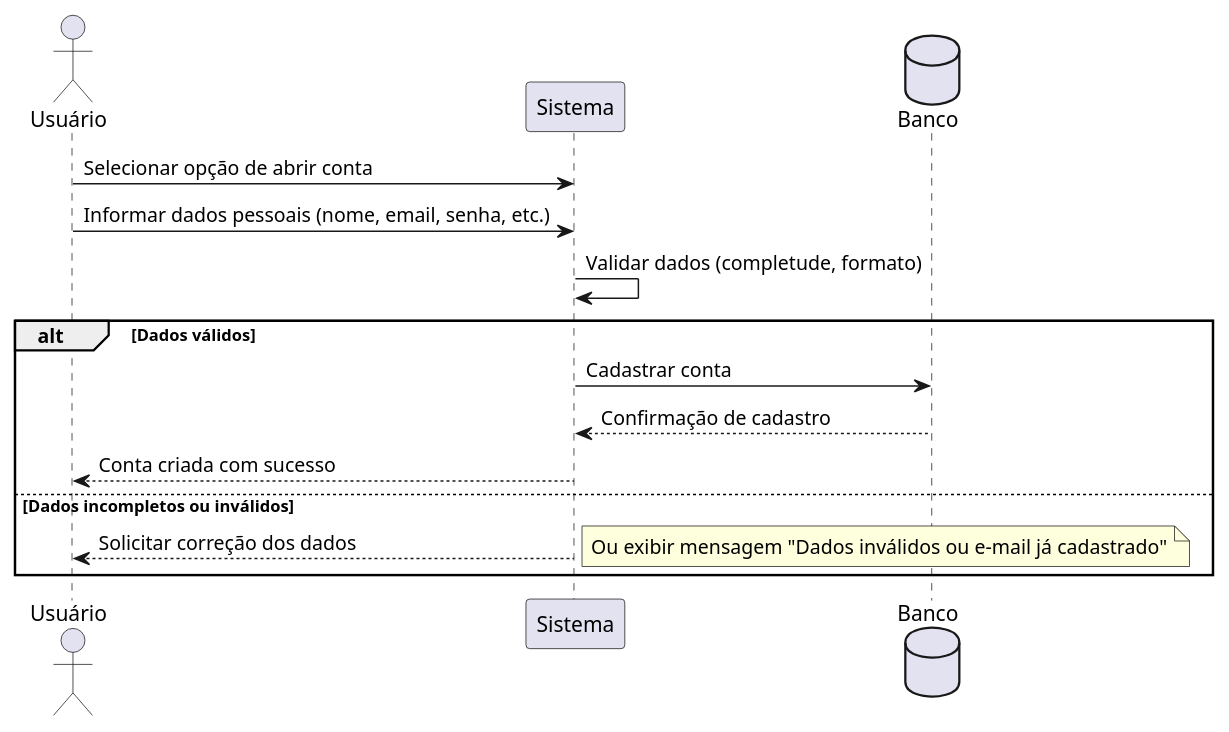
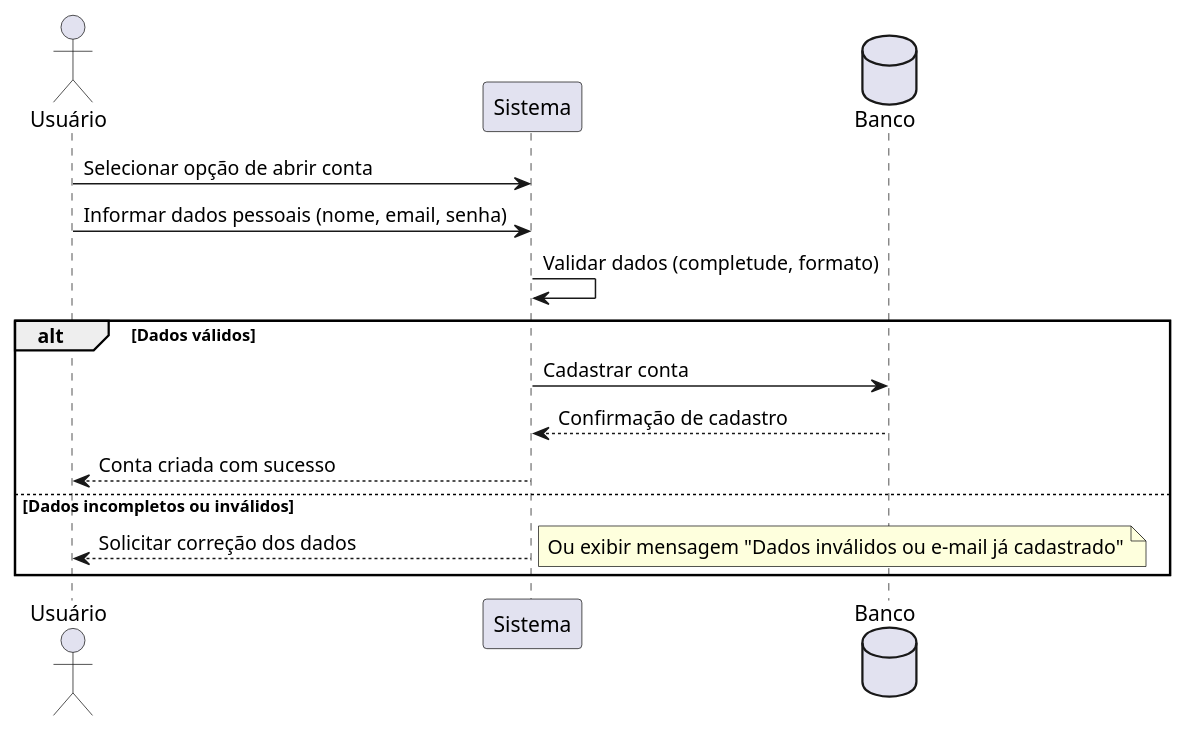
The diagram in diagrama-fontes/diagrama_sequencia_abrir_conta.puml (gg-Joao/.econologia), drawn with PlantUML before and after one commit. The commit also changed 37 other files, not shown here.

```diff
--- a/diagrama-fontes/diagrama_sequencia_abrir_conta.puml
+++ b/diagrama-fontes/diagrama_sequencia_abrir_conta.puml
@@ -1,17 +1,17 @@
 @startuml Diagrama de Sequência - Abrir Conta
 actor Usuário
 participant Sistema
 database Banco
 
 Usuário -> Sistema: Selecionar opção de abrir conta
-Usuário -> Sistema: Informar dados pessoais (nome, email, senha, etc.)
+Usuário -> Sistema: Informar dados pessoais (nome, email, senha)
 Sistema -> Sistema: Validar dados (completude, formato)
 alt Dados válidos
     Sistema -> Banco: Cadastrar conta
     Banco --> Sistema: Confirmação de cadastro
     Sistema --> Usuário: Conta criada com sucesso
 else Dados incompletos ou inválidos
     Sistema --> Usuário: Solicitar correção dos dados
     note right: Ou exibir mensagem "Dados inválidos ou e-mail já cadastrado"
 end
 @enduml
```
